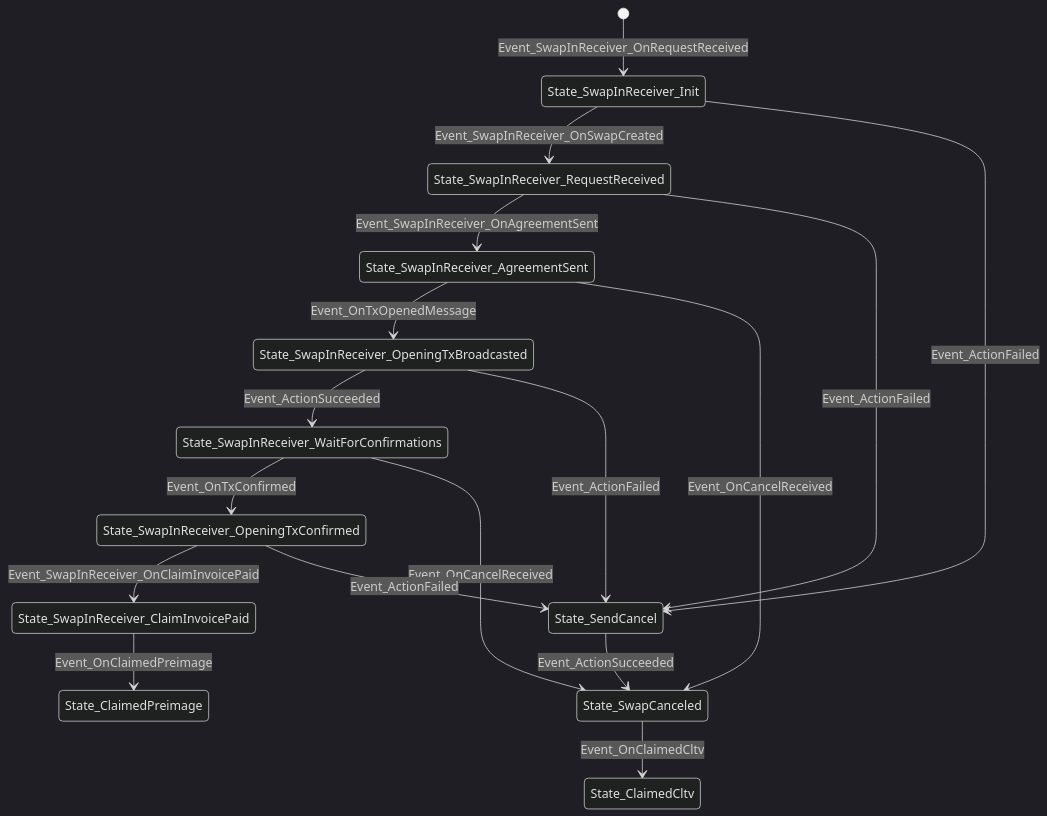
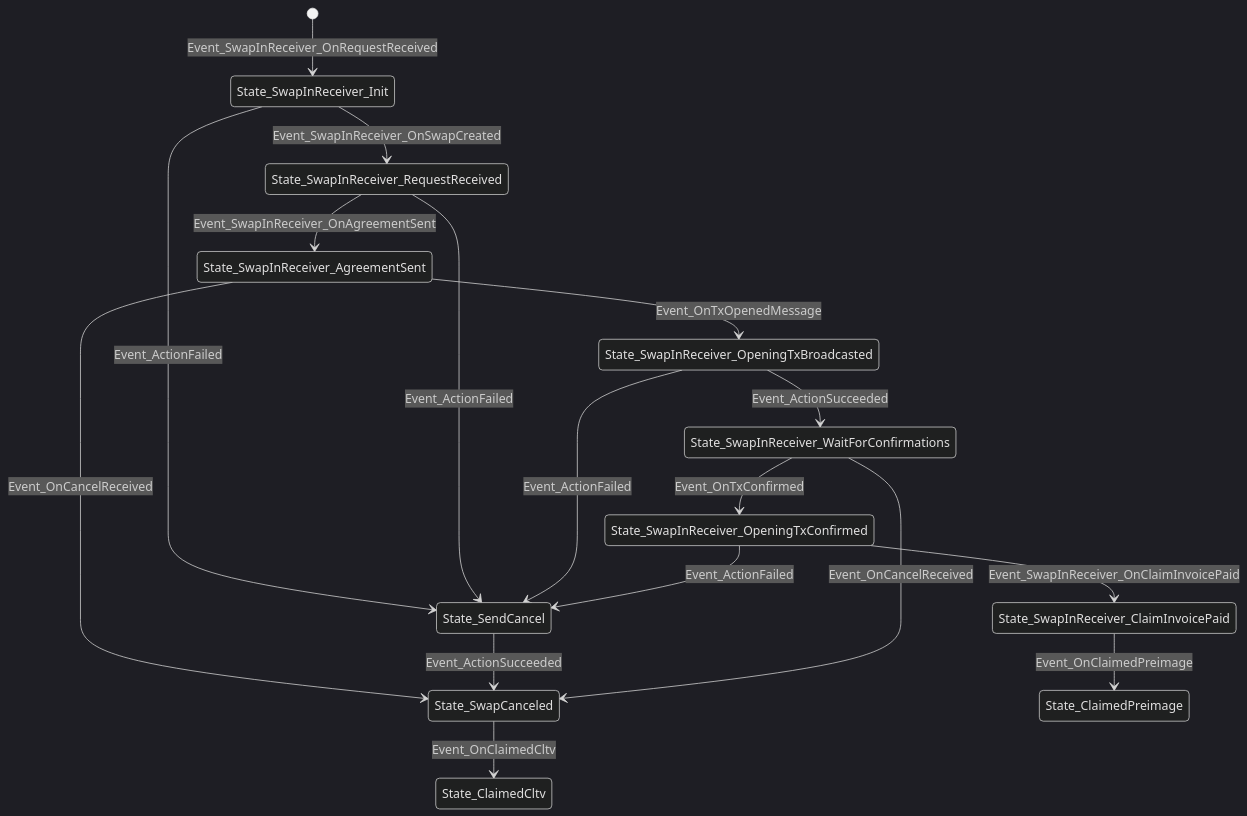
One commit to ElementsProject/peerswap changed the diagram in docs/states_swapin_receiver.md. Above: the diagram before and after it, drawn with Mermaid (dark theme). The commit also changed other lines of this file and 8 other files, not shown here.

Commit message:
rework swap out receiver

````diff
--- a/docs/states_swapin_receiver.md
+++ b/docs/states_swapin_receiver.md
@@ -1,30 +1,30 @@
 ```mermaid
 stateDiagram-v2
+State_SwapInReceiver_Init
+State_SwapInReceiver_Init --> State_SwapInReceiver_RequestReceived: Event_SwapInReceiver_OnSwapCreated
+State_SwapInReceiver_Init --> State_SendCancel: Event_ActionFailed
+State_SwapInReceiver_AgreementSent
+State_SwapInReceiver_AgreementSent --> State_SwapInReceiver_OpeningTxBroadcasted: Event_OnTxOpenedMessage
+State_SwapInReceiver_AgreementSent --> State_SwapCanceled: Event_OnCancelReceived
+State_SwapInReceiver_ClaimInvoicePaid
+State_SwapInReceiver_ClaimInvoicePaid --> State_ClaimedPreimage: Event_OnClaimedPreimage
+State_SendCancel
+State_SendCancel --> State_SwapCanceled: Event_ActionSucceeded
+State_ClaimedCltv
+State_ClaimedPreimage
+State_SwapCanceled
+State_SwapCanceled --> State_ClaimedCltv: Event_OnClaimedCltv
+[*] --> State_SwapInReceiver_Init: Event_SwapInReceiver_OnRequestReceived
 State_SwapInReceiver_RequestReceived
 State_SwapInReceiver_RequestReceived --> State_SwapInReceiver_AgreementSent: Event_SwapInReceiver_OnAgreementSent
 State_SwapInReceiver_RequestReceived --> State_SendCancel: Event_ActionFailed
-State_SwapInReceiver_AgreementSent
-State_SwapInReceiver_AgreementSent --> State_SwapInReceiver_OpeningTxBroadcasted: Event_OnTxOpenedMessage
-State_SwapInReceiver_AgreementSent --> State_SwapCanceled: Event_OnCancelReceived
 State_SwapInReceiver_OpeningTxBroadcasted
+State_SwapInReceiver_OpeningTxBroadcasted --> State_SendCancel: Event_ActionFailed
 State_SwapInReceiver_OpeningTxBroadcasted --> State_SwapInReceiver_WaitForConfirmations: Event_ActionSucceeded
-State_SwapInReceiver_OpeningTxBroadcasted --> State_SendCancel: Event_ActionFailed
 State_SwapInReceiver_WaitForConfirmations
 State_SwapInReceiver_WaitForConfirmations --> State_SwapInReceiver_OpeningTxConfirmed: Event_OnTxConfirmed
 State_SwapInReceiver_WaitForConfirmations --> State_SwapCanceled: Event_OnCancelReceived
 State_SwapInReceiver_OpeningTxConfirmed
 State_SwapInReceiver_OpeningTxConfirmed --> State_SwapInReceiver_ClaimInvoicePaid: Event_SwapInReceiver_OnClaimInvoicePaid
 State_SwapInReceiver_OpeningTxConfirmed --> State_SendCancel: Event_ActionFailed
-State_ClaimedCltv
-State_ClaimedPreimage
-State_SwapInReceiver_Init
-State_SwapInReceiver_Init --> State_SwapInReceiver_RequestReceived: Event_SwapInReceiver_OnSwapCreated
-State_SwapInReceiver_Init --> State_SendCancel: Event_ActionFailed
-State_SendCancel
-State_SendCancel --> State_SwapCanceled: Event_ActionSucceeded
-State_SwapInReceiver_ClaimInvoicePaid
-State_SwapInReceiver_ClaimInvoicePaid --> State_ClaimedPreimage: Event_OnClaimedPreimage
-State_SwapCanceled
-State_SwapCanceled --> State_ClaimedCltv: Event_OnClaimedCltv
-[*] --> State_SwapInReceiver_Init: Event_SwapInReceiver_OnRequestReceived
 ```
````
